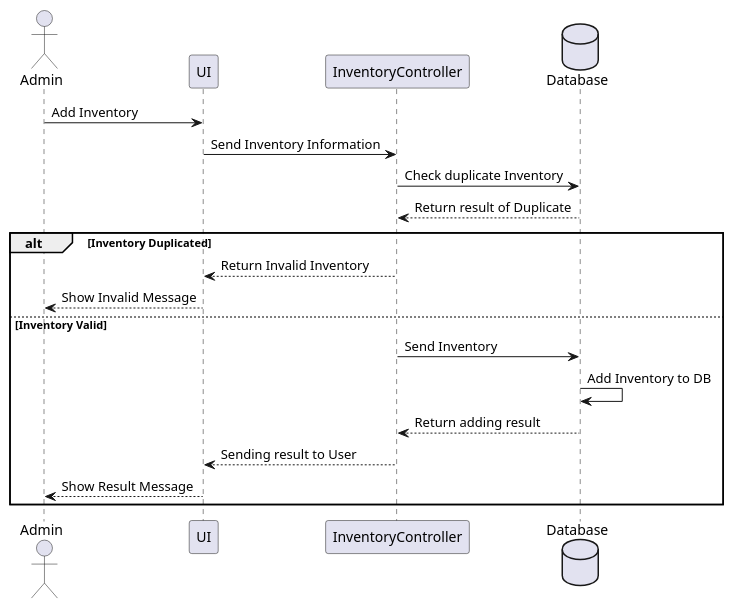
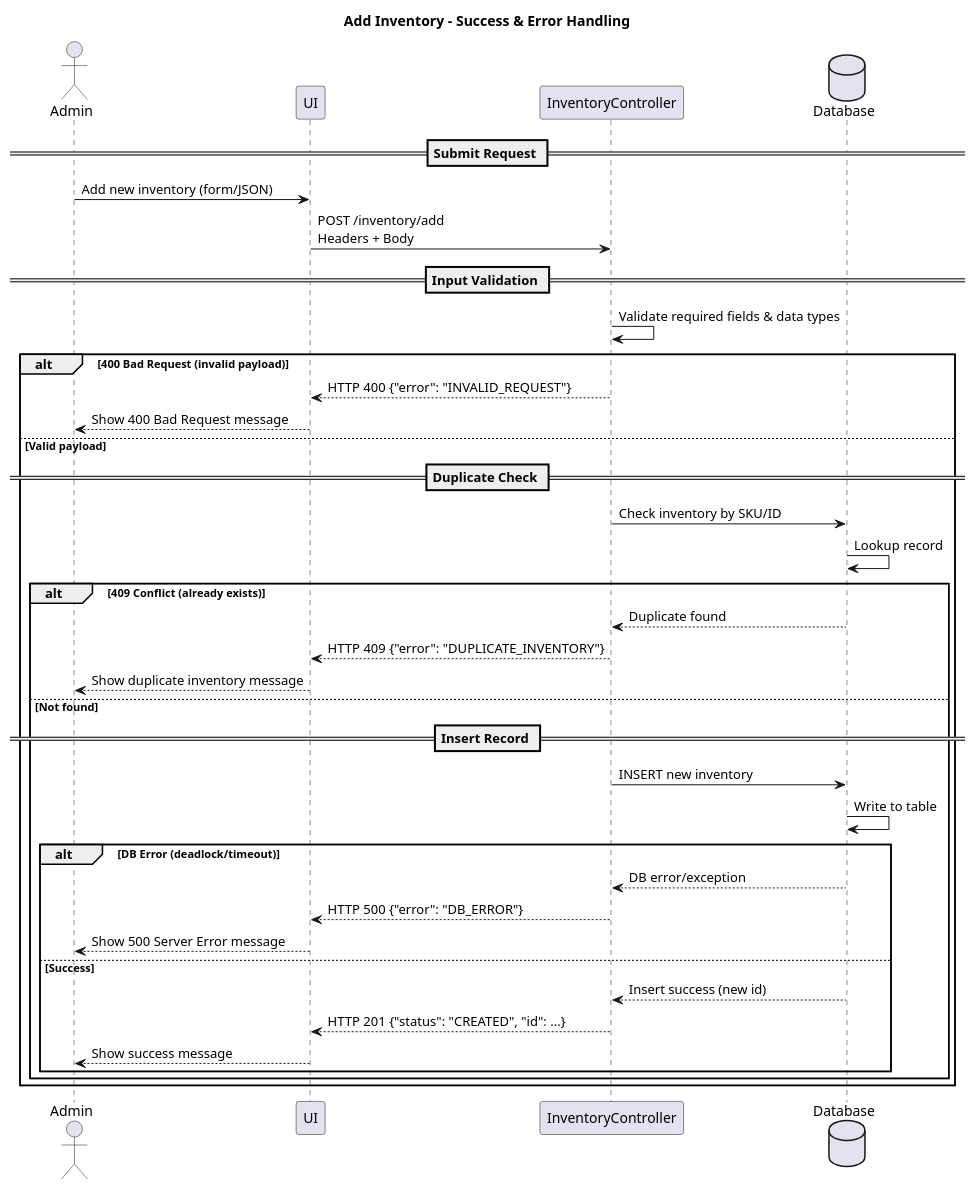
One commit to Sagitoaz/BTL_OOP changed the diagram in UML/Sequence + Code/CodeAddInventory.puml. Above: the diagram before and after it, drawn with PlantUML. The commit also changed 1 other file, not shown here.

Commit message:
Update : Senquence diagram of inventory

```diff
--- a/UML/Sequence + Code/CodeAddInventory.puml
+++ b/UML/Sequence + Code/CodeAddInventory.puml
@@ -1,22 +1,41 @@
 @startuml
+title Add Inventory - Success & Error Handling
+
 actor Admin
 participant UI
 participant InventoryController
 database Database
 
-Admin -> UI: Add Inventory
-UI -> InventoryController: Send Inventory Information
-InventoryController -> Database: Check duplicate Inventory
-Database --> InventoryController: Return result of Duplicate
+== Submit Request ==
+Admin -> UI: Add new inventory (form/JSON)
+UI -> InventoryController: POST /inventory/add\nHeaders + Body
 
-alt Inventory Duplicated
-    InventoryController --> UI: Return Invalid Inventory
-    UI --> Admin: Show Invalid Message
-else Inventory Valid
-    InventoryController -> Database: Send Inventory
-    Database -> Database: Add Inventory to DB
-    Database --> InventoryController: Return adding result
-    InventoryController --> UI: Sending result to User
-    UI --> Admin: Show Result Message
+== Input Validation ==
+InventoryController -> InventoryController: Validate required fields & data types
+alt 400 Bad Request (invalid payload)
+    InventoryController --> UI: HTTP 400 {"error": "INVALID_REQUEST"}
+    UI --> Admin: Show 400 Bad Request message
+else Valid payload
+    == Duplicate Check ==
+    InventoryController -> Database: Check inventory by SKU/ID
+    Database -> Database: Lookup record
+    alt 409 Conflict (already exists)
+        Database --> InventoryController: Duplicate found
+        InventoryController --> UI: HTTP 409 {"error": "DUPLICATE_INVENTORY"}
+        UI --> Admin: Show duplicate inventory message
+    else Not found
+        == Insert Record ==
+        InventoryController -> Database: INSERT new inventory
+        Database -> Database: Write to table
+        alt DB Error (deadlock/timeout)
+            Database --> InventoryController: DB error/exception
+            InventoryController --> UI: HTTP 500 {"error": "DB_ERROR"}
+            UI --> Admin: Show 500 Server Error message
+        else Success
+            Database --> InventoryController: Insert success (new id)
+            InventoryController --> UI: HTTP 201 {"status": "CREATED", "id": ...}
+            UI --> Admin: Show success message
+        end
+    end
 end
 @enduml
```
